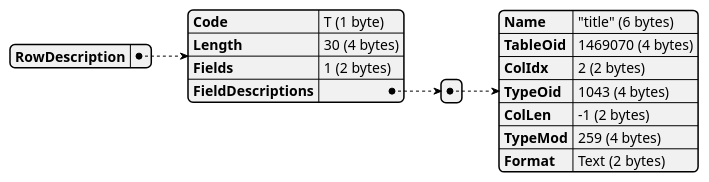
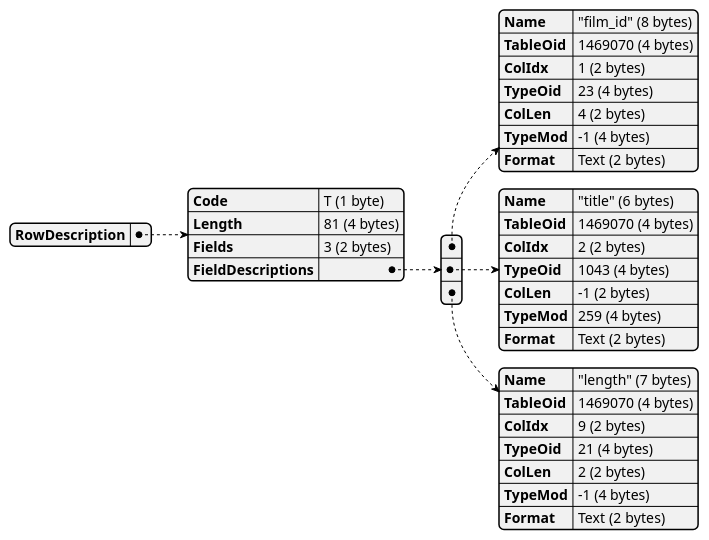
One commit to xfischer/pg_protoexport changed the sixth of 28 diagrams in docs/examples/exports/pagila-05-extended-query-named-prepared-statement/capture.plantuml.pkt.md. Above: the diagram before and after it, drawn with PlantUML. The commit also changed other lines of this file and 135 other files, not shown here.

````diff
--- a/docs/examples/exports/pagila-05-extended-query-named-prepared-statement/capture.plantuml.pkt.md
+++ b/docs/examples/exports/pagila-05-extended-query-named-prepared-statement/capture.plantuml.pkt.md
@@ -70,22 +71,40 @@
 ```plantuml
 @startjson
 {
   "RowDescription": {
     "Code": "T (1 byte)",
-    "Length": "30 (4 bytes)",
-    "Fields": "1 (2 bytes)",
+    "Length": "81 (4 bytes)",
+    "Fields": "3 (2 bytes)",
     "FieldDescriptions": [
+      {
+        "Name": "\"film_id\" (8 bytes)",
+        "TableOid": "1469070 (4 bytes)",
+        "ColIdx": "1 (2 bytes)",
+        "TypeOid": "23 (4 bytes)",
+        "ColLen": "4 (2 bytes)",
+        "TypeMod": "-1 (4 bytes)",
+        "Format": "Text (2 bytes)"
+      },
       {
         "Name": "\"title\" (6 bytes)",
         "TableOid": "1469070 (4 bytes)",
         "ColIdx": "2 (2 bytes)",
         "TypeOid": "1043 (4 bytes)",
         "ColLen": "-1 (2 bytes)",
         "TypeMod": "259 (4 bytes)",
         "Format": "Text (2 bytes)"
+      },
+      {
+        "Name": "\"length\" (7 bytes)",
+        "TableOid": "1469070 (4 bytes)",
+        "ColIdx": "9 (2 bytes)",
+        "TypeOid": "21 (4 bytes)",
+        "ColLen": "2 (2 bytes)",
+        "TypeMod": "-1 (4 bytes)",
+        "Format": "Text (2 bytes)"
       }
     ]
   }
 }
 @endjson
 ```
````
